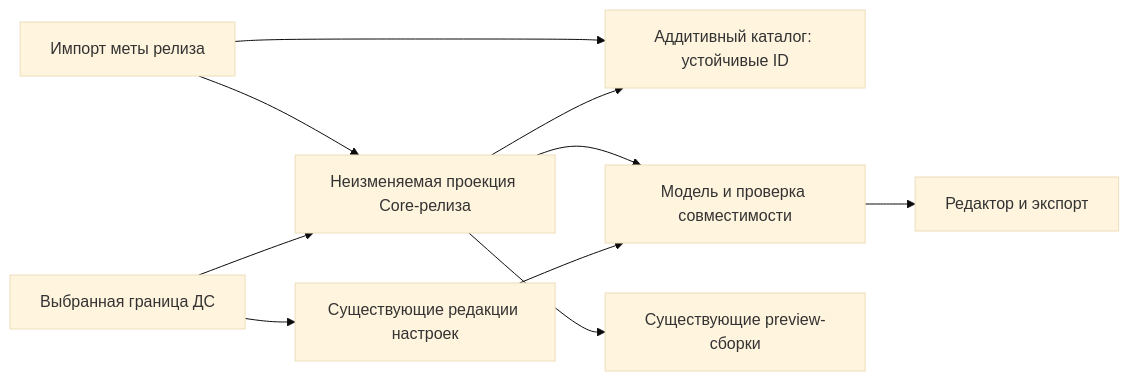
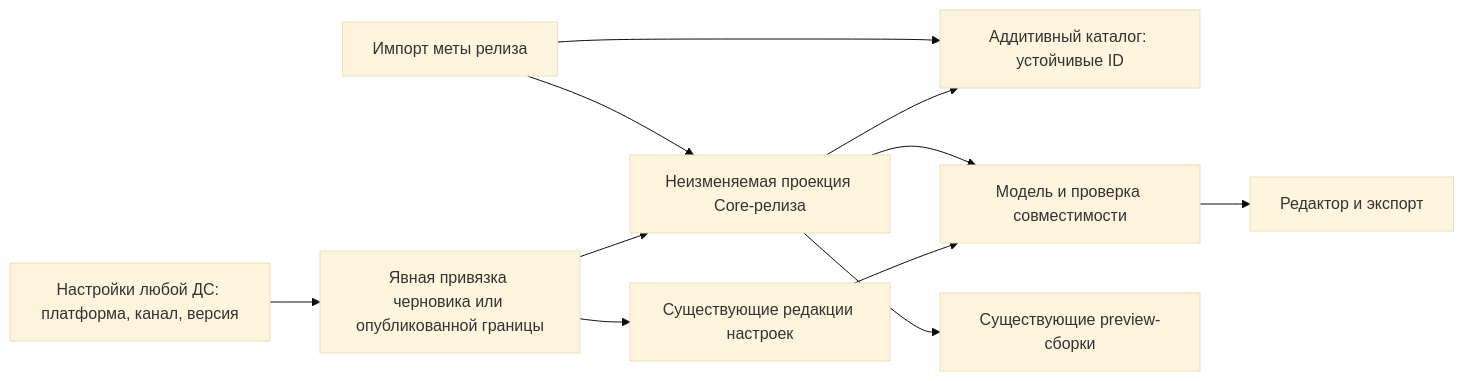
Before and after one commit to salute-developers/design-system-builder: the diagram in openspec/changes/version-core-entities-and-preview/design.md, drawn with Mermaid (base theme). The commit also changed other lines of this file and 26 other files, not shown here.

````diff
--- a/openspec/changes/version-core-entities-and-preview/design.md
+++ b/openspec/changes/version-core-entities-and-preview/design.md
@@ -49,12 +54,13 @@
 ```mermaid
 flowchart LR
     I["Импорт меты релиза"] --> C["Аддитивный каталог: устойчивые ID"]
     I --> R["Неизменяемая проекция Core-релиза"]
     R --> C
-    V["Выбранная граница ДС"] --> R
+    D["Настройки любой ДС: платформа, канал, версия"] --> V["Явная привязка черновика или опубликованной границы"]
+    V --> R
     V --> S["Существующие редакции настроек"]
     R --> M["Модель и проверка совместимости"]
     S --> M
     R --> P["Существующие preview-сборки"]
     M --> E["Редактор и экспорт"]
 ```
````
